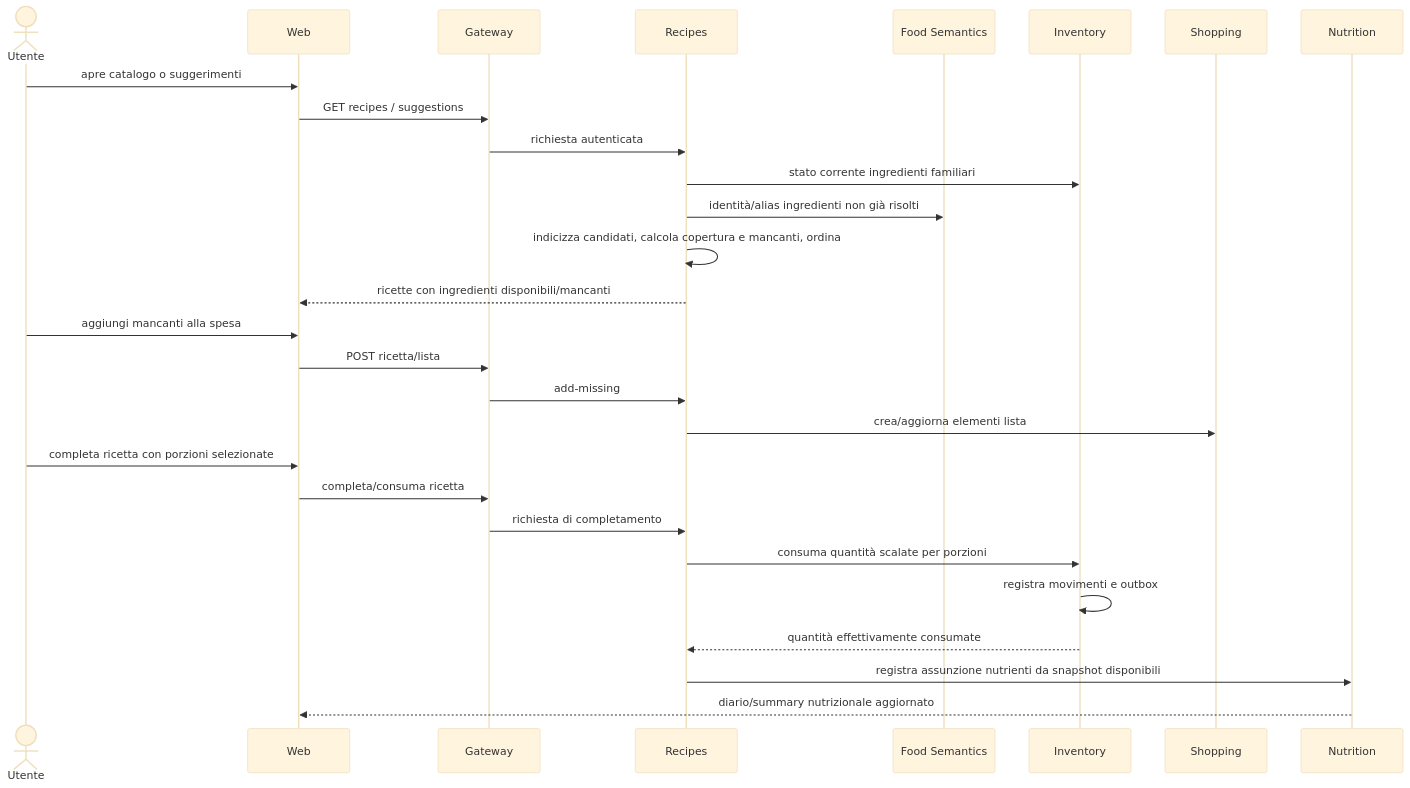
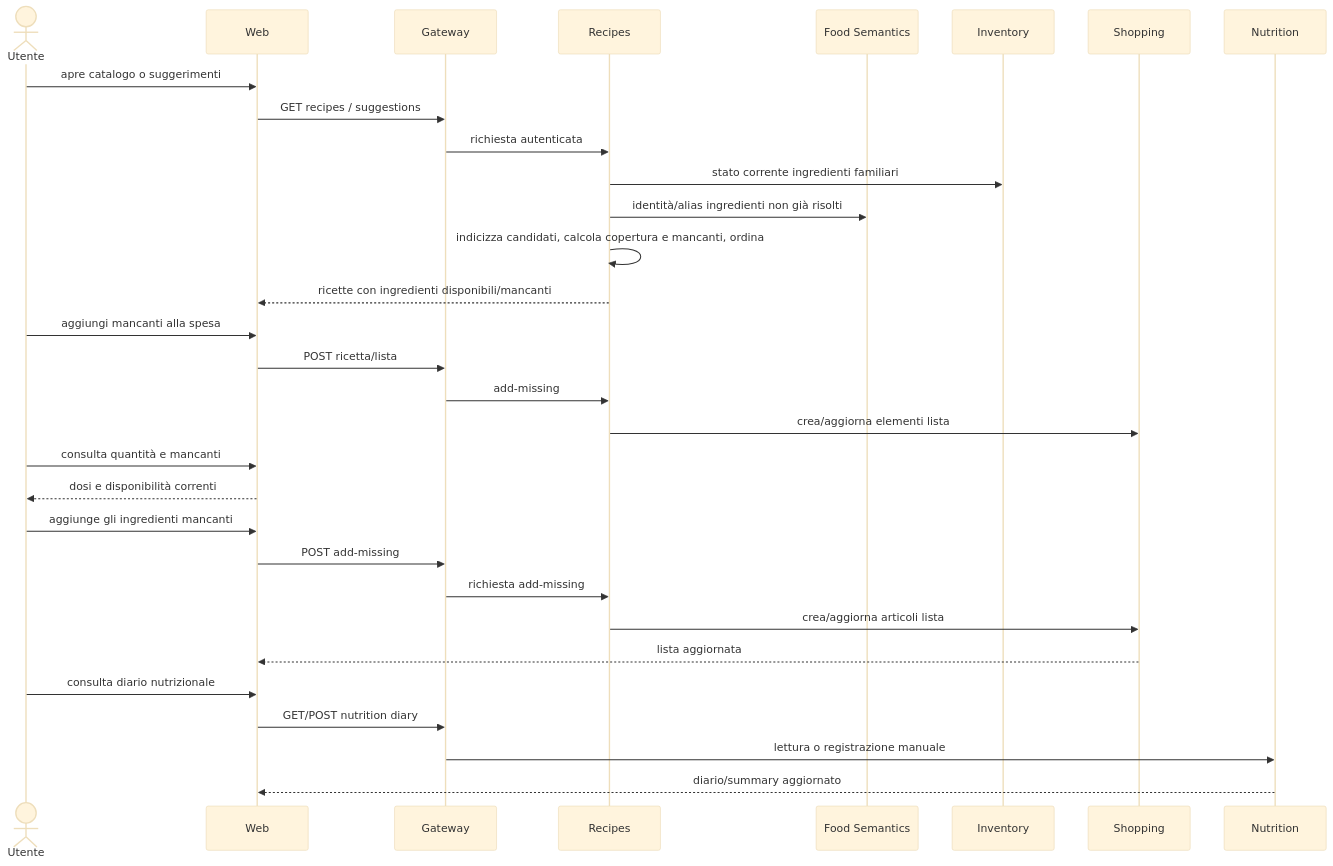
One commit to LorenzoPina-dev/Gestione_dispensa changed the seventh of 14 diagrams in docs/DIAGRAMS.md. Above: the diagram before and after it, drawn with Mermaid (base theme). The commit also changed other lines of this file, not shown here.

Commit message:
docs: align recipe flow with implemented APIs

````diff
--- a/docs/DIAGRAMS.md
+++ b/docs/DIAGRAMS.md
@@ -349,30 +349,33 @@
 ```mermaid
 sequenceDiagram
   actor U as Utente
   participant W as Web
   participant G as Gateway
   participant R as Recipes
   participant F as Food Semantics
   participant I as Inventory
   participant S as Shopping
   participant N as Nutrition
   U->>W: apre catalogo o suggerimenti
   W->>G: GET recipes / suggestions
   G->>R: richiesta autenticata
   R->>I: stato corrente ingredienti familiari
   R->>F: identità/alias ingredienti non già risolti
   R->>R: indicizza candidati, calcola copertura e mancanti, ordina
   R-->>W: ricette con ingredienti disponibili/mancanti
   U->>W: aggiungi mancanti alla spesa
   W->>G: POST ricetta/lista
   G->>R: add-missing
   R->>S: crea/aggiorna elementi lista
-  U->>W: completa ricetta con porzioni selezionate
-  W->>G: completa/consuma ricetta
-  G->>R: richiesta di completamento
-  R->>I: consuma quantità scalate per porzioni
-  I->>I: registra movimenti e outbox
-  I-->>R: quantità effettivamente consumate
-  R->>N: registra assunzione nutrienti da snapshot disponibili
-  N-->>W: diario/summary nutrizionale aggiornato
+  U->>W: consulta quantità e mancanti
+  W-->>U: dosi e disponibilità correnti
+  U->>W: aggiunge gli ingredienti mancanti
+  W->>G: POST add-missing
+  G->>R: richiesta add-missing
+  R->>S: crea/aggiorna articoli lista
+  S-->>W: lista aggiornata
+  U->>W: consulta diario nutrizionale
+  W->>G: GET/POST nutrition diary
+  G->>N: lettura o registrazione manuale
+  N-->>W: diario/summary aggiornato
 ```
````
